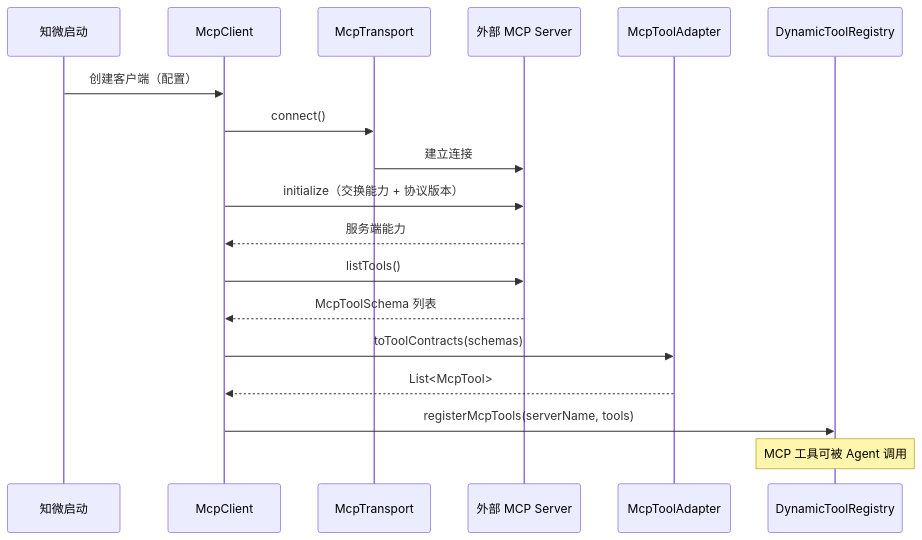
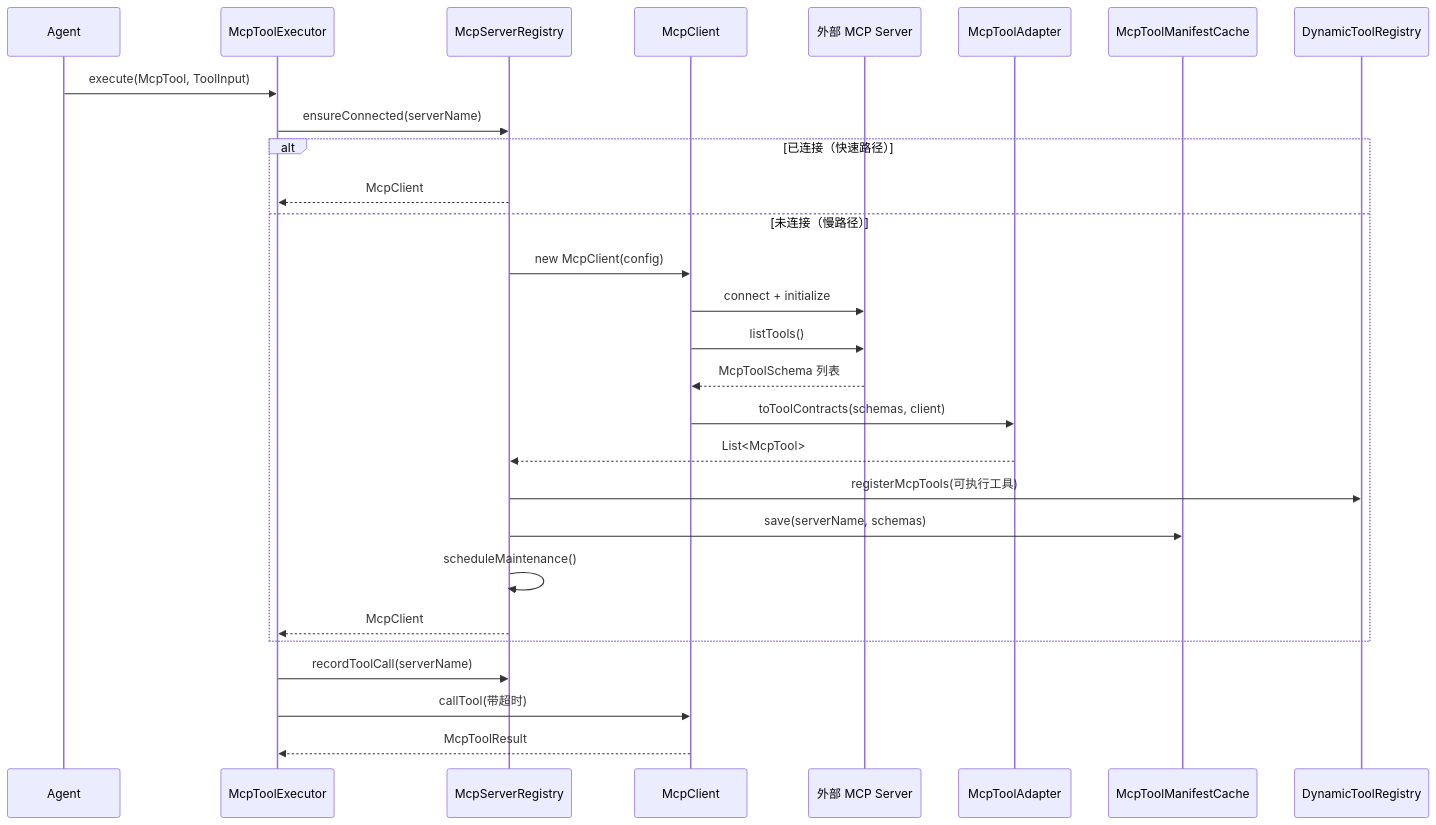
One commit to ntygod/LifePilot changed the third of 3 diagrams in docs/architecture/mcp-support.md. Above: the diagram before and after it, drawn with Mermaid. The commit also changed other lines of this file and 22 other files, not shown here.

First line of the commit message:
refactor(mcp): 重新设计 MCP Server 生命周期 — 懒连接 + 工具缓存 + 空闲超时 (#74)

````diff
--- a/docs/architecture/mcp-support.md
+++ b/docs/architecture/mcp-support.md
@@ -73,21 +164,31 @@
 ```mermaid
 sequenceDiagram
-    participant APP as 知微启动
+    participant AGENT as Agent
+    participant EXEC as McpToolExecutor
+    participant REG as McpServerRegistry
     participant MC as McpClient
-    participant T as McpTransport
     participant S as 外部 MCP Server
     participant A as McpToolAdapter
-    participant R as DynamicToolRegistry
+    participant CACHE as McpToolManifestCache
+    participant TR as DynamicToolRegistry
 
-    APP->>MC: 创建客户端（配置）
-    MC->>T: connect()
-    T->>S: 建立连接
-    MC->>S: initialize（交换能力 + 协议版本）
-    S-->>MC: 服务端能力
-    MC->>S: listTools()
-    S-->>MC: McpToolSchema 列表
-    MC->>A: toToolContracts(schemas)
-    A-->>MC: List<McpTool>
-    MC->>R: registerMcpTools(serverName, tools)
-    Note over R: MCP 工具可被 Agent 调用
+    AGENT->>EXEC: execute(McpTool, ToolInput)
+    EXEC->>REG: ensureConnected(serverName)
+    alt 已连接（快速路径）
+        REG-->>EXEC: McpClient
+    else 未连接（慢路径）
+        REG->>MC: new McpClient(config)
+        MC->>S: connect + initialize
+        MC->>S: listTools()
+        S-->>MC: McpToolSchema 列表
+        MC->>A: toToolContracts(schemas, client)
+        A-->>REG: List<McpTool>
+        REG->>TR: registerMcpTools(可执行工具)
+        REG->>CACHE: save(serverName, schemas)
+        REG->>REG: scheduleMaintenance()
+        REG-->>EXEC: McpClient
+    end
+    EXEC->>REG: recordToolCall(serverName)
+    EXEC->>MC: callTool(带超时)
+    MC-->>EXEC: McpToolResult
 ```
````
